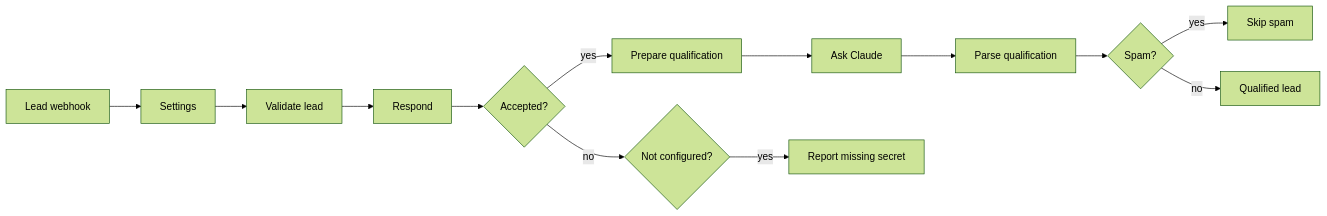
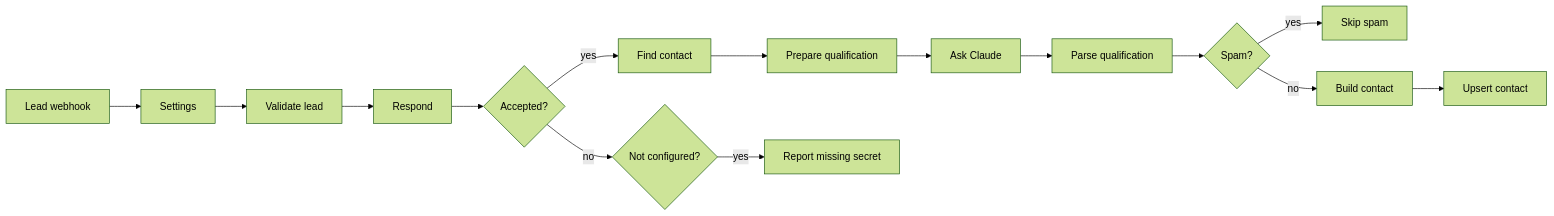
Before and after one commit to mick-gsk/n8n-ai-email-triage: the diagram in workflows/lead-intake/README.md, drawn with Mermaid (forest theme). The commit also changed other lines of this file and 12 other files, not shown here.

````diff
--- a/workflows/lead-intake/README.md
+++ b/workflows/lead-intake/README.md
@@ -9,8 +9,8 @@
 ```mermaid
 flowchart LR
     W[Lead webhook] --> S[Settings] --> V[Validate lead] --> R[Respond] --> A{Accepted?}
-    A -- yes --> P[Prepare qualification] --> C[Ask Claude] --> Q[Parse qualification]
+    A -- yes --> F[Find contact] --> P[Prepare qualification] --> C[Ask Claude] --> Q[Parse qualification]
     A -- no --> M{Not configured?} -- yes --> E[Report missing secret]
     Q --> X{Spam?} -- yes --> K[Skip spam]
-    X -- no --> L[Qualified lead]
+    X -- no --> B[Build contact] --> U[Upsert contact]
 ```
````
